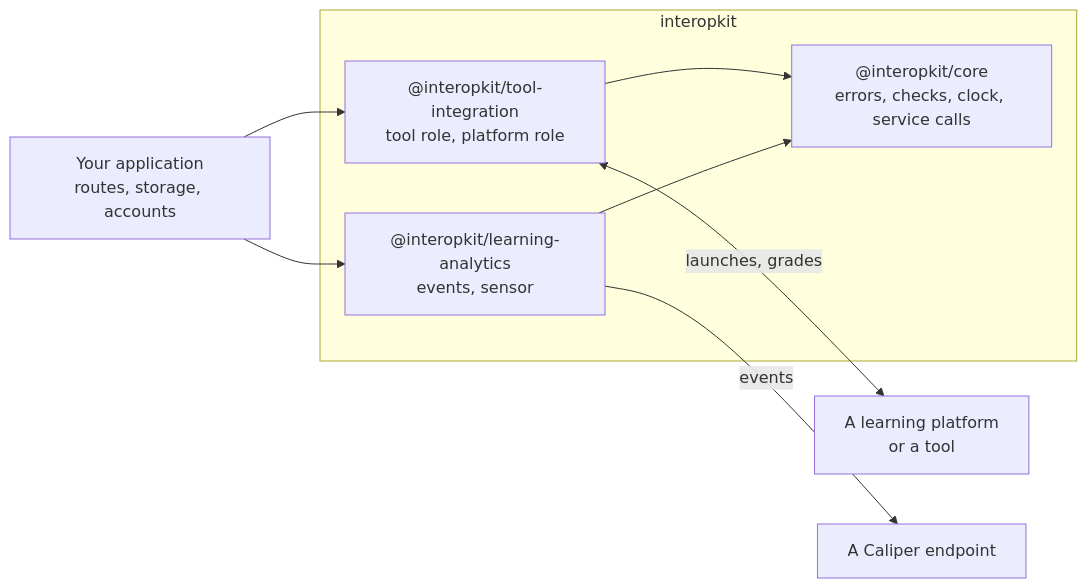
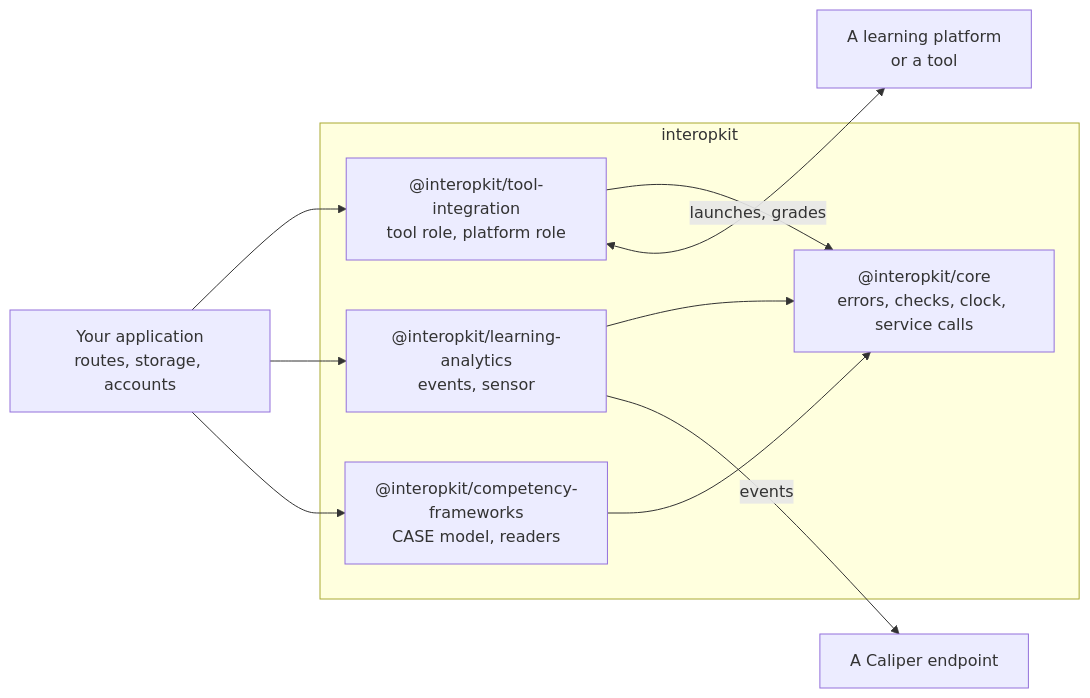
The diagram in README.md (interopkit/interopkit), drawn with Mermaid before and after one commit. The commit also changed other lines of this file and 80 other files, not shown here.

First line of the commit message:
Add competency-frameworks: the CASE model, readers, validators and the conversion to 1.0

````diff
--- a/README.md
+++ b/README.md
@@ -9,17 +10,20 @@
 ```mermaid
 flowchart LR
   host["Your application<br/>routes, storage, accounts"]
   subgraph interopkit["interopkit"]
     core["@interopkit/core<br/>errors, checks, clock, service calls"]
     tool["@interopkit/tool-integration<br/>tool role, platform role"]
     analytics["@interopkit/learning-analytics<br/>events, sensor"]
+    frameworks["@interopkit/competency-frameworks<br/>CASE model, readers"]
     tool --> core
     analytics --> core
+    frameworks --> core
   end
   platform["A learning platform<br/>or a tool"]
   endpoint["A Caliper endpoint"]
   host --> tool
   host --> analytics
+  host --> frameworks
   tool <-->|"launches, grades"| platform
   analytics -->|"events"| endpoint
 ```
````
